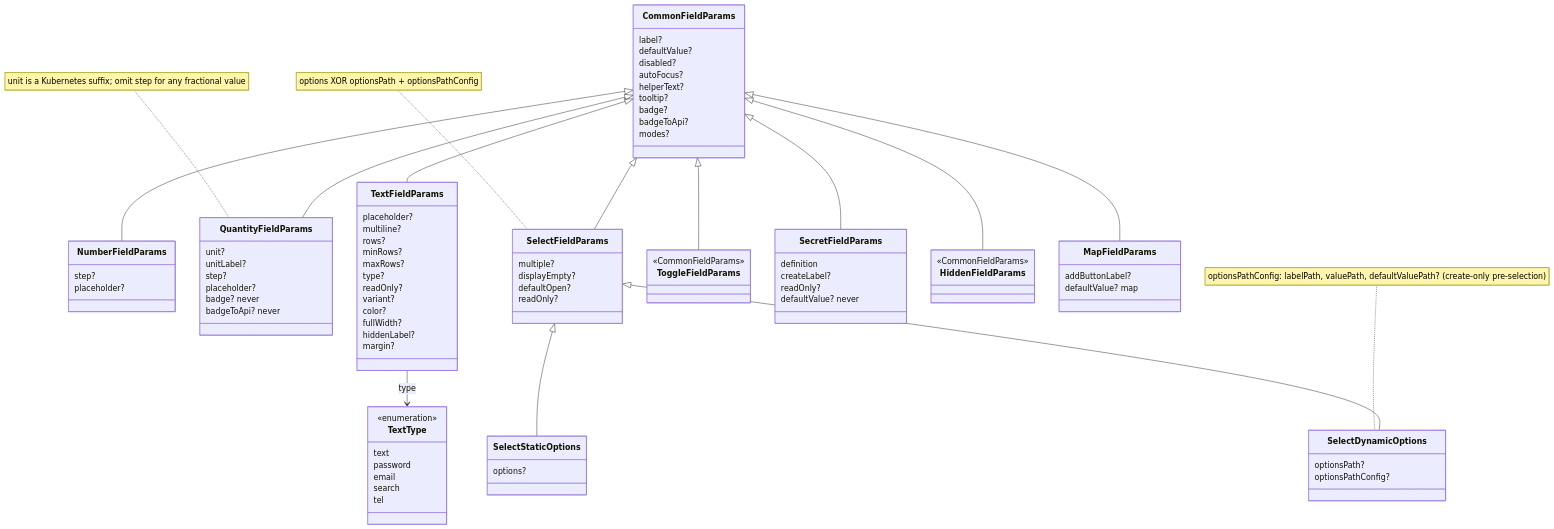
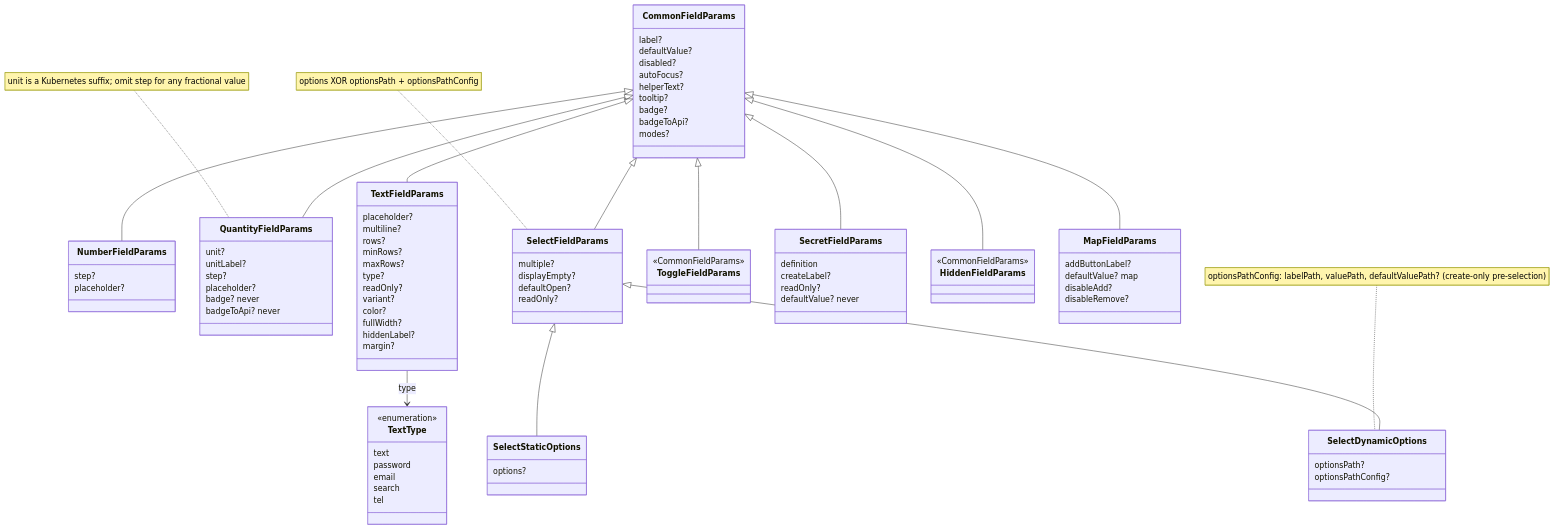
The sixth of 7 diagrams in docs/ui/architecture/ui-generator/schema-reference.md (openeverest/openeverest), drawn with Mermaid before and after one commit. The commit also changed other lines of this file and 18 other files, not shown here.

```diff
--- a/docs/ui/architecture/ui-generator/schema-reference.md
+++ b/docs/ui/architecture/ui-generator/schema-reference.md
@@ -199,6 +208,8 @@
   class MapFieldParams {
     addButtonLabel?
     defaultValue? map
+    disableAdd?
+    disableRemove?
   }
   CommonFieldParams <|-- NumberFieldParams
   CommonFieldParams <|-- QuantityFieldParams
```
